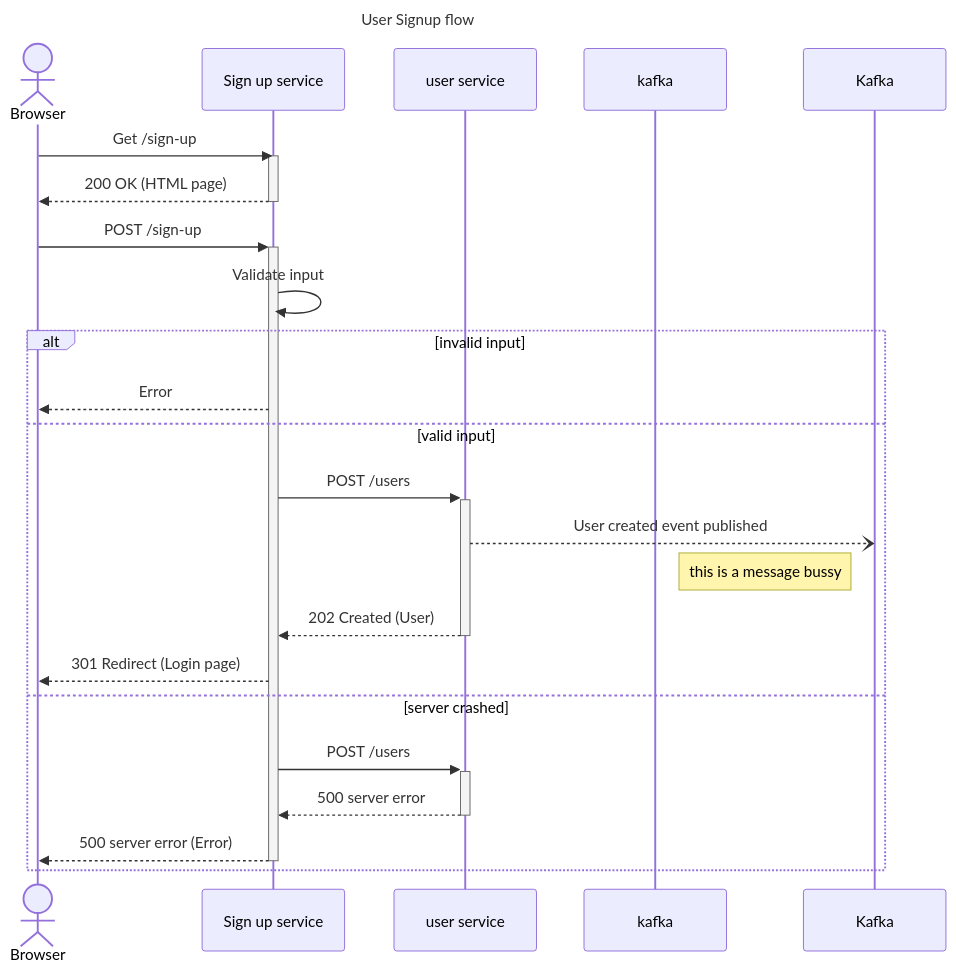
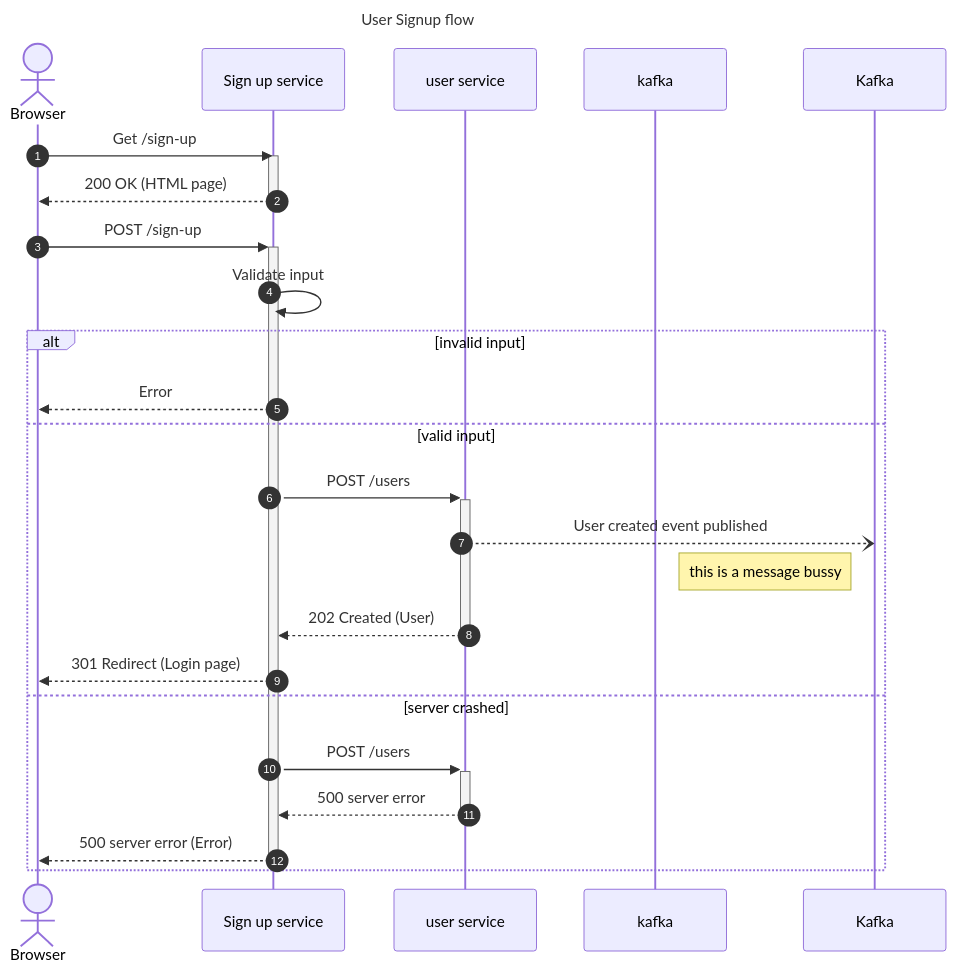
One commit to rianfowler/modern-diagramming-techniques-notes changed the diagram in sequence-diagrams.md. Above: the diagram before and after it, drawn with Mermaid.

````diff
--- a/sequence-diagrams.md
+++ b/sequence-diagrams.md
@@ -3,30 +3,31 @@
 ```mermaid
 sequenceDiagram
+  autonumber
   title User Signup flow
   actor B as Browser
   participant SUS as Sign up service
   participant US as user service
   participant kafka
   
   B->>SUS: Get /sign-up
   activate SUS
   SUS-->>B: 200 OK (HTML page)
   deactivate SUS
   
   B->>+SUS: POST /sign-up
   SUS->>SUS: Validate input 
   
   alt invalid input 
     SUS-->>B: Error
   else valid input 
     SUS->>+US: POST /users
     US--)Kafka: User created event published 
     Note left of Kafka: this is a message bussy 
     US-->>-SUS: 202 Created (User)
     SUS-->>B: 301 Redirect (Login page)
   else server crashed 
       SUS->>+US: POST /users
       US-->>-SUS: 500 server error 
       SUS-->>-B: 500 server error (Error)
   end
 ```
````
